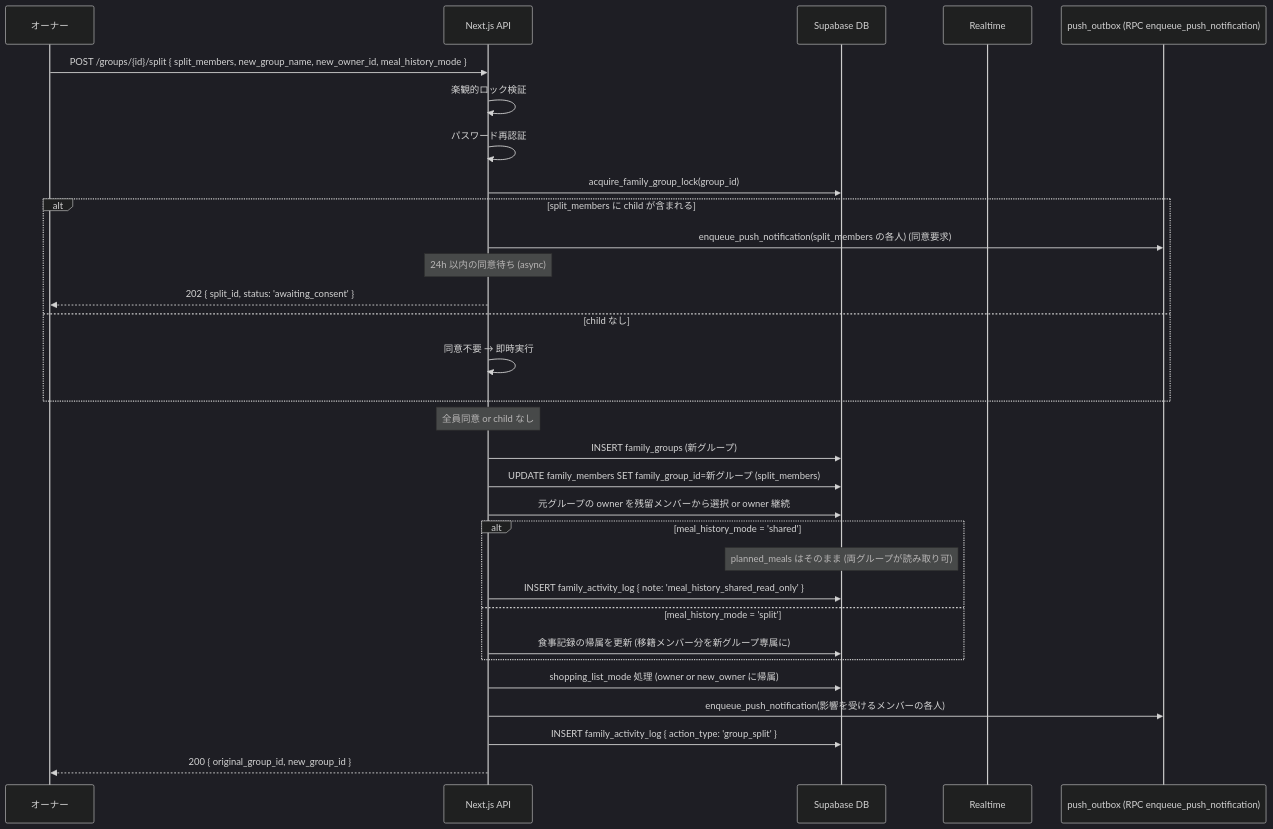
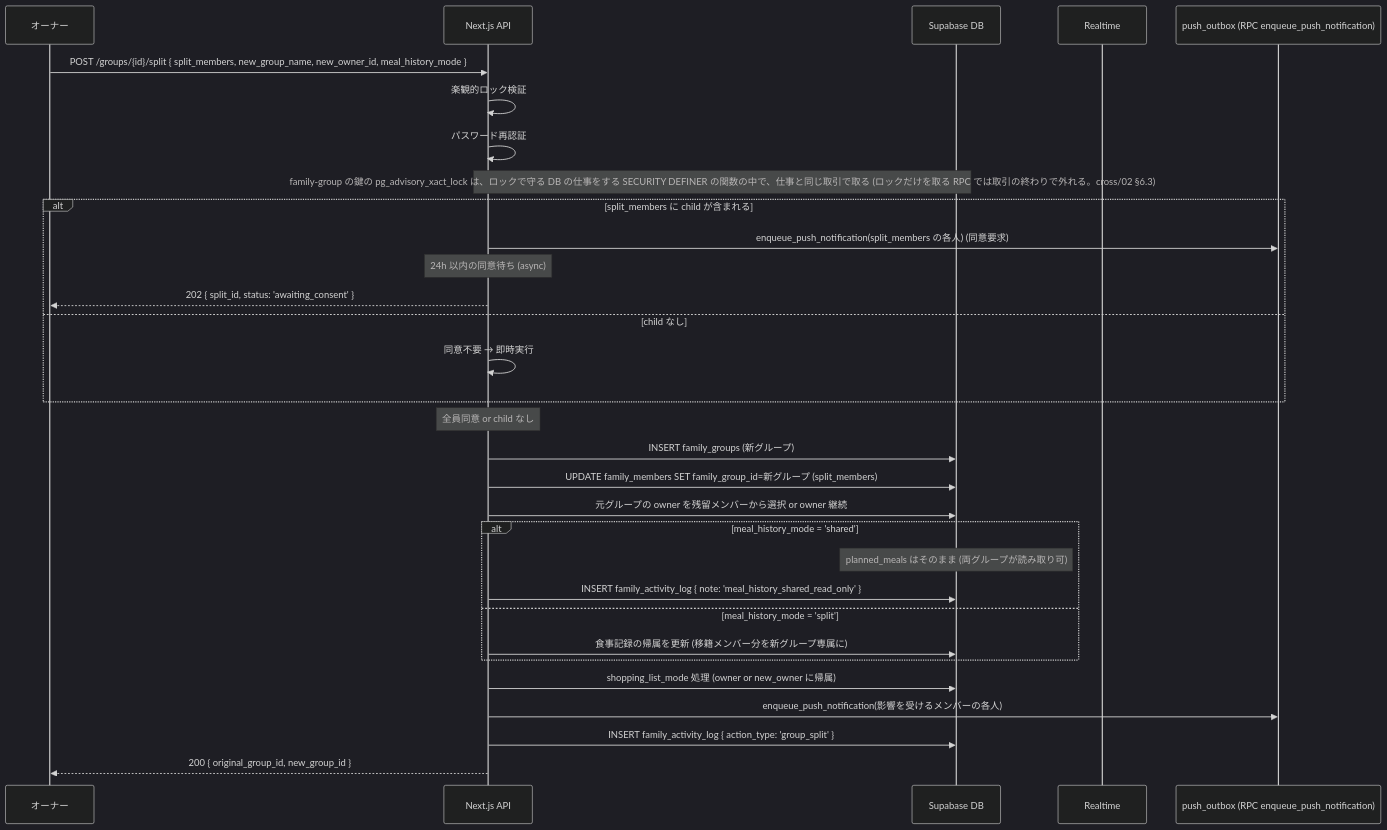
Before and after one commit to DaisukeHori/homegohan-app: the third of 4 diagrams in docs/design/family/07-lifecycle.md, drawn with Mermaid (dark theme). The commit also changed other lines of this file and 6 other files, not shown here.

Commit message:
docs(design): advisory lock は仕事をする SECURITY DEFINER の関数の中で取る形に全域でそろえる (cross/02 §6.2.1・§6.3・family/02・07・org/02・04・05)

````diff
--- a/docs/design/family/07-lifecycle.md
+++ b/docs/design/family/07-lifecycle.md
@@ -237,39 +237,39 @@
 ```mermaid
 sequenceDiagram
   participant Owner as オーナー
   participant API as Next.js API
   participant DB as Supabase DB
   participant RT as Realtime
   participant Push as push_outbox (RPC enqueue_push_notification)
 
   Owner->>API: POST /groups/{id}/split { split_members, new_group_name, new_owner_id, meal_history_mode }
 
   API->>API: 楽観的ロック検証
   API->>API: パスワード再認証
-  API->>DB: acquire_family_group_lock(group_id)
+  Note over API,DB: family-group の鍵の pg_advisory_xact_lock は、ロックで守る DB の仕事をする SECURITY DEFINER の関数の中で、仕事と同じ取引で取る (ロックだけを取る RPC では取引の終わりで外れる。cross/02 §6.3)
 
   alt split_members に child が含まれる
     API->>Push: enqueue_push_notification(split_members の各人) (同意要求)
     Note over API: 24h 以内の同意待ち (async)
     API-->>Owner: 202 { split_id, status: 'awaiting_consent' }
   else child なし
     API->>API: 同意不要 → 即時実行
   end
 
   Note over API: 全員同意 or child なし
   API->>DB: INSERT family_groups (新グループ)
   API->>DB: UPDATE family_members SET family_group_id=新グループ (split_members)
   API->>DB: 元グループの owner を残留メンバーから選択 or owner 継続
 
   alt meal_history_mode = 'shared'
     Note over DB: planned_meals はそのまま (両グループが読み取り可)
     API->>DB: INSERT family_activity_log { note: 'meal_history_shared_read_only' }
   else meal_history_mode = 'split'
     API->>DB: 食事記録の帰属を更新 (移籍メンバー分を新グループ専属に)
   end
 
   API->>DB: shopping_list_mode 処理 (owner or new_owner に帰属)
   API->>Push: enqueue_push_notification(影響を受けるメンバーの各人)
   API->>DB: INSERT family_activity_log { action_type: 'group_split' }
   API-->>Owner: 200 { original_group_id, new_group_id }
 ```
````
